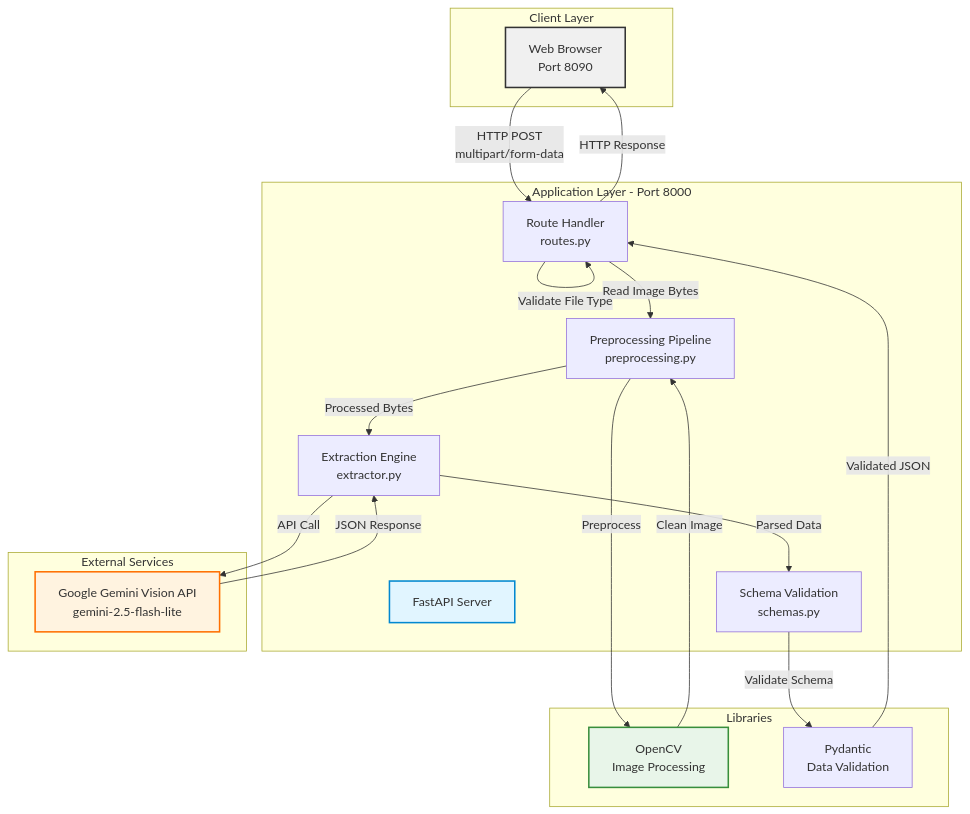
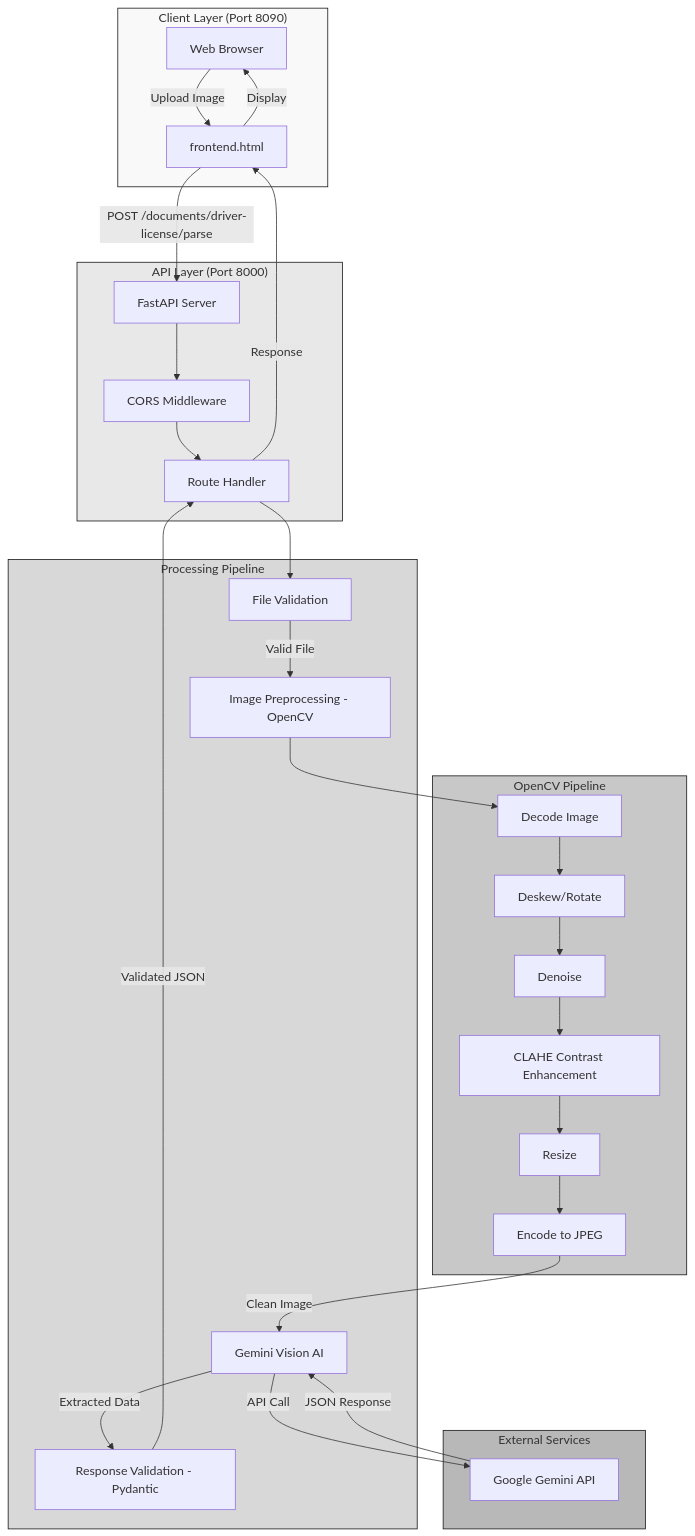
The diagram in docs/architecture.md (SiddharajShirke/AI-Based-Driver-License-Data-Extraction-Module), drawn with Mermaid before and after one commit. The commit also changed other lines of this file and 4 other files, not shown here.

````diff
--- a/docs/architecture.md
+++ b/docs/architecture.md
@@ -26,41 +9,54 @@
 ```mermaid
-graph TB
-    subgraph "Client Layer"
-        A[Web Browser<br/>Port 8090]
+flowchart TB
+    subgraph Client["Client Layer (Port 8090)"]
+        A[Web Browser]
+        B[frontend.html]
     end
     
-    subgraph "Application Layer - Port 8000"
-        B[FastAPI Server]
-        C[Route Handler<br/>routes.py]
-        D[Preprocessing Pipeline<br/>preprocessing.py]
-        E[Extraction Engine<br/>extractor.py]
-        F[Schema Validation<br/>schemas.py]
+    subgraph API["API Layer (Port 8000)"]
+        C[FastAPI Server]
+        D[CORS Middleware]
+        E[Route Handler]
     end
     
-    subgraph "External Services"
-        G[Google Gemini Vision API<br/>gemini-2.5-flash-lite]
+    subgraph Processing["Processing Pipeline"]
+        F[File Validation]
+        G[Image Preprocessing - OpenCV]
+        H[Gemini Vision AI]
+        I[Response Validation - Pydantic]
     end
     
-    subgraph "Libraries"
-        H[OpenCV<br/>Image Processing]
-        I[Pydantic<br/>Data Validation]
+    subgraph OpenCV["OpenCV Pipeline"]
+        G1[Decode Image]
+        G2[Deskew/Rotate]
+        G3[Denoise]
+        G4[CLAHE Contrast Enhancement]
+        G5[Resize]
+        G6[Encode to JPEG]
     end
     
-    A -->|HTTP POST<br/>multipart/form-data| C
-    C -->|Validate File Type| C
-    C -->|Read Image Bytes| D
-    D -->|Preprocess| H
-    H -->|Clean Image| D
-    D -->|Processed Bytes| E
-    E -->|API Call| G
-    G -->|JSON Response| E
-    E -->|Parsed Data| F
-    F -->|Validate Schema| I
-    I -->|Validated JSON| C
-    C -->|HTTP Response| A
+    subgraph External["External Services"]
+        J[Google Gemini API]
+    end
     
-    style A fill:#f0f0f0,stroke:#333,stroke-width:2px
-    style B fill:#e1f5ff,stroke:#0288d1,stroke-width:2px
-    style G fill:#fff3e0,stroke:#ff6f00,stroke-width:2px
-    style H fill:#e8f5e9,stroke:#388e3c,stroke-width:2px
+    A -->|Upload Image| B
+    B -->|POST /documents/driver-license/parse| C
+    C --> D
+    D --> E
+    E --> F
+    F -->|Valid File| G
+    G --> G1 --> G2 --> G3 --> G4 --> G5 --> G6
+    G6 -->|Clean Image| H
+    H -->|API Call| J
+    J -->|JSON Response| H
+    H -->|Extracted Data| I
+    I -->|Validated JSON| E
+    E -->|Response| B
+    B -->|Display| A
+    
+    style Client fill:#f9f9f9,stroke:#111
+    style API fill:#e8e8e8,stroke:#111
+    style Processing fill:#d8d8d8,stroke:#111
+    style OpenCV fill:#c8c8c8,stroke:#111
+    style External fill:#b8b8b8,stroke:#111
 ```
````
